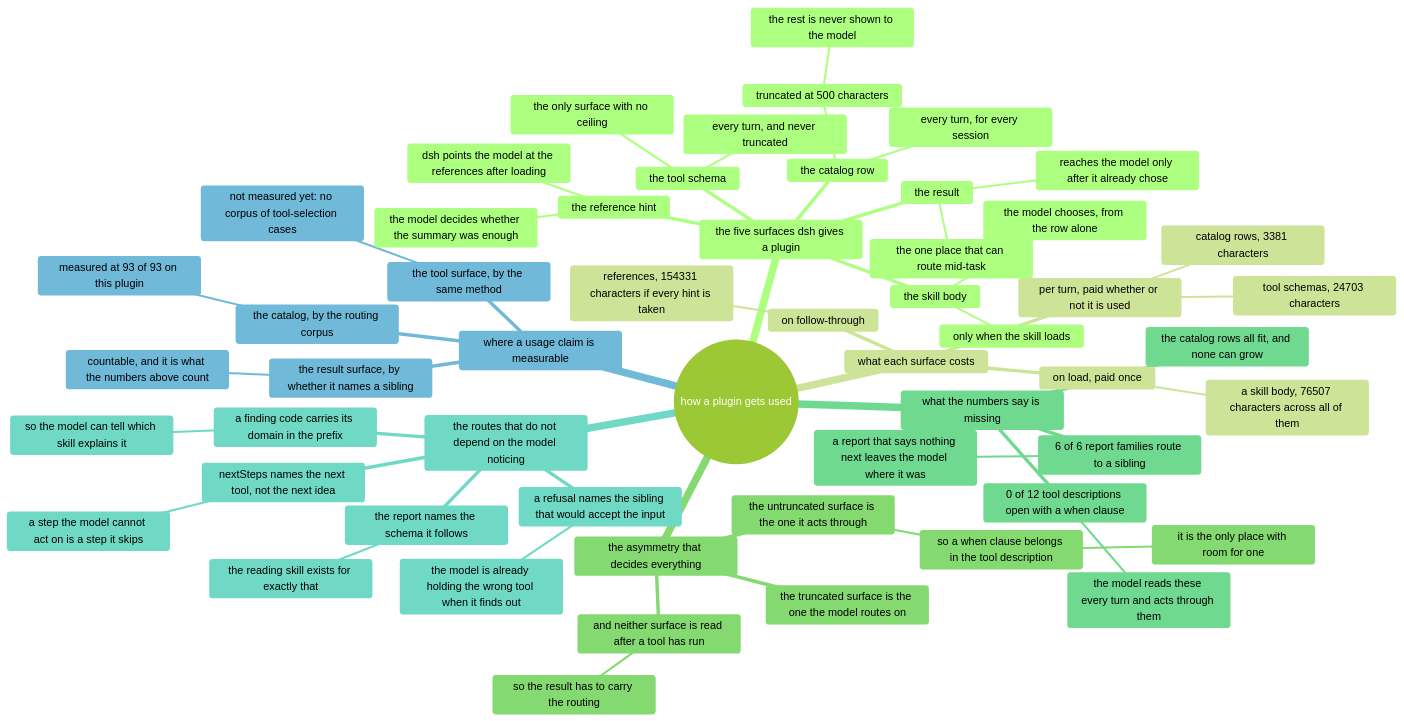
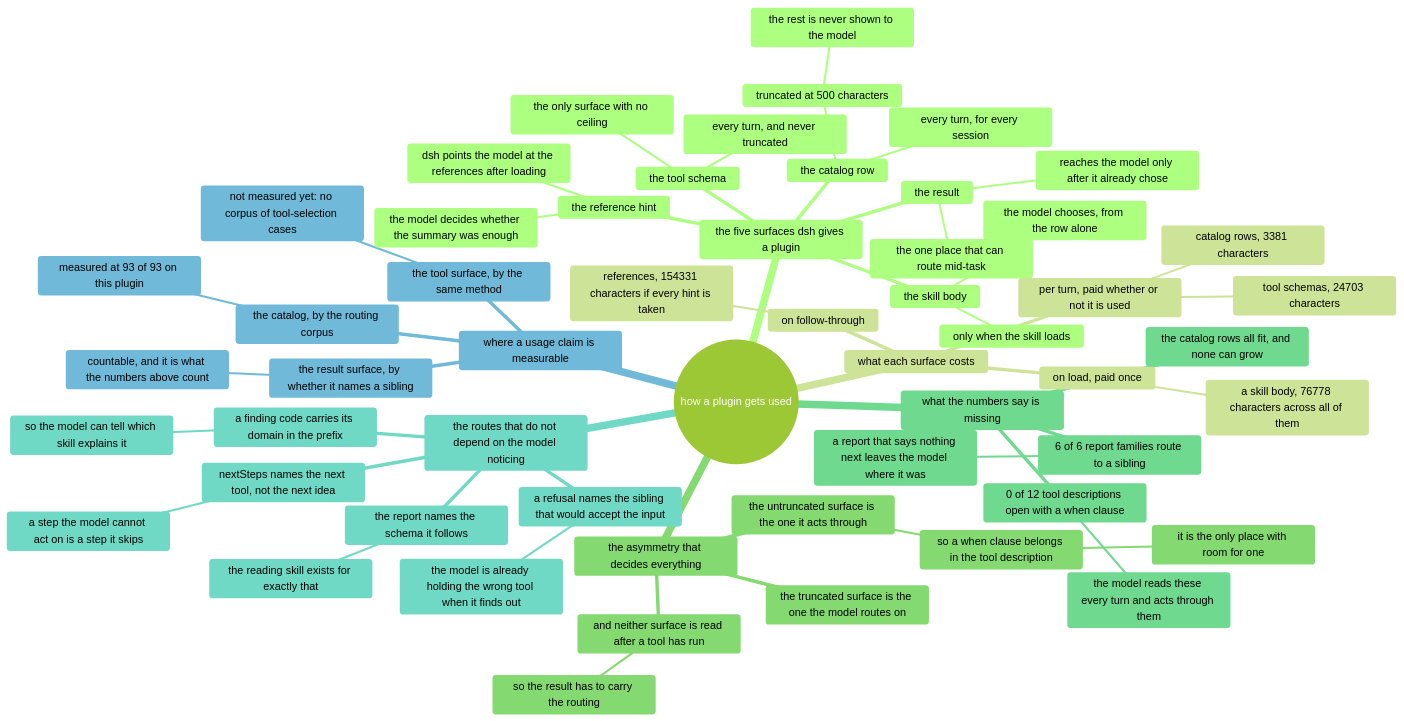
Before and after one commit to AmethystLuna/dsh-model-everything: the diagram in docs/usage/mindmap.mmd, drawn with Mermaid (forest theme). The commit also changed 4 other files, not shown here.

```diff
--- a/docs/usage/mindmap.mmd
+++ b/docs/usage/mindmap.mmd
@@ -1,56 +1,56 @@
 mindmap
 root((how a plugin gets used))
   the five surfaces dsh gives a plugin
     the catalog row
       every turn, for every session
       truncated at 500 characters
         the rest is never shown to the model
     the skill body
       only when the skill loads
       the model chooses, from the row alone
     the reference hint
       dsh points the model at the references after loading
       the model decides whether the summary was enough
     the tool schema
       every turn, and never truncated
       the only surface with no ceiling
     the result
       reaches the model only after it already chose
       the one place that can route mid-task
   what each surface costs
     per turn, paid whether or not it is used
       catalog rows, 3381 characters
       tool schemas, 24703 characters
     on load, paid once
-      a skill body, 76507 characters across all of them
+      a skill body, 76778 characters across all of them
     on follow-through
       references, 154331 characters if every hint is taken
   the asymmetry that decides everything
     the truncated surface is the one the model routes on
     the untruncated surface is the one it acts through
       so a when clause belongs in the tool description
         it is the only place with room for one
     and neither surface is read after a tool has run
       so the result has to carry the routing
   what the numbers say is missing
     0 of 12 tool descriptions open with a when clause
       the model reads these every turn and acts through them
     6 of 6 report families route to a sibling
       a report that says nothing next leaves the model where it was
     the catalog rows all fit, and none can grow
   the routes that do not depend on the model noticing
     a refusal names the sibling that would accept the input
       the model is already holding the wrong tool when it finds out
     nextSteps names the next tool, not the next idea
       a step the model cannot act on is a step it skips
     a finding code carries its domain in the prefix
       so the model can tell which skill explains it
     the report names the schema it follows
       the reading skill exists for exactly that
   where a usage claim is measurable
     the catalog, by the routing corpus
       measured at 93 of 93 on this plugin
     the tool surface, by the same method
       not measured yet: no corpus of tool-selection cases
     the result surface, by whether it names a sibling
       countable, and it is what the numbers above count
```
